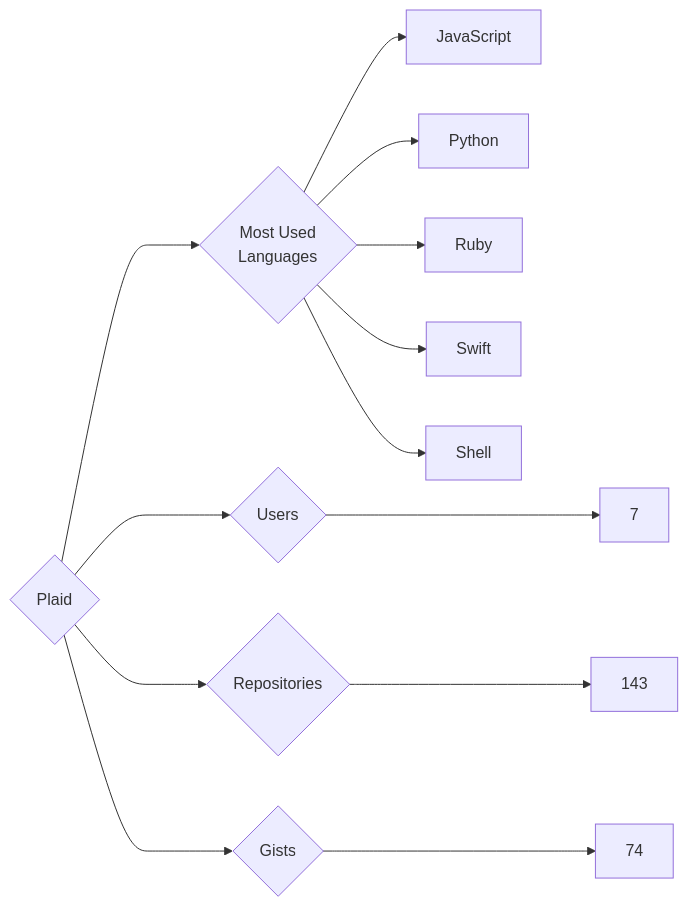
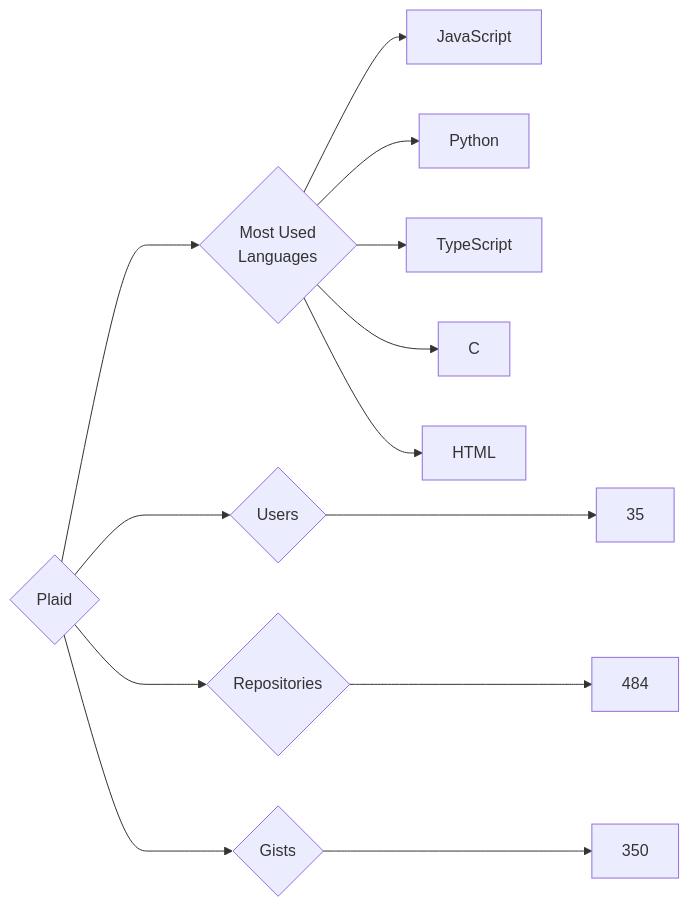
One commit to trickest/insiders changed the diagram in targets/Plaid/README.md. Above: the diagram before and after it, drawn with Mermaid. The commit also changed 799 other files, not shown here.

````diff
--- a/targets/Plaid/README.md
+++ b/targets/Plaid/README.md
@@ -3,13 +3,13 @@
 ```mermaid
 graph LR
 COMPANY_NAME{Plaid}
-COMPANY_NAME ---> U{Users} ---> UN[7]
-COMPANY_NAME ---> R{Repositories} ---> RN[143]
-COMPANY_NAME ---> G{Gists} ---> GN[74]
+COMPANY_NAME ---> U{Users} ---> UN[35]
+COMPANY_NAME ---> R{Repositories} ---> RN[484]
+COMPANY_NAME ---> G{Gists} ---> GN[350]
 COMPANY_NAME ---> ML{Most Used<br>Languages}
 ML --> JavaScript[JavaScript]
 ML --> Python[Python]
-ML --> Ruby[Ruby]
-ML --> Swift[Swift]
-ML --> Shell[Shell]
+ML --> TypeScript[TypeScript]
+ML --> C[C]
+ML --> HTML[HTML]
 ```
````
